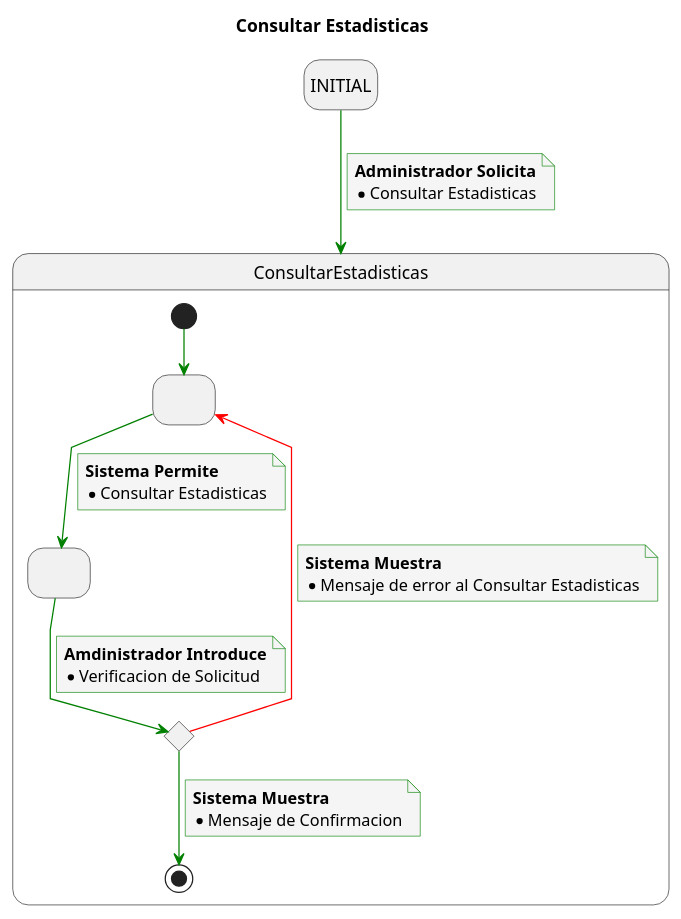
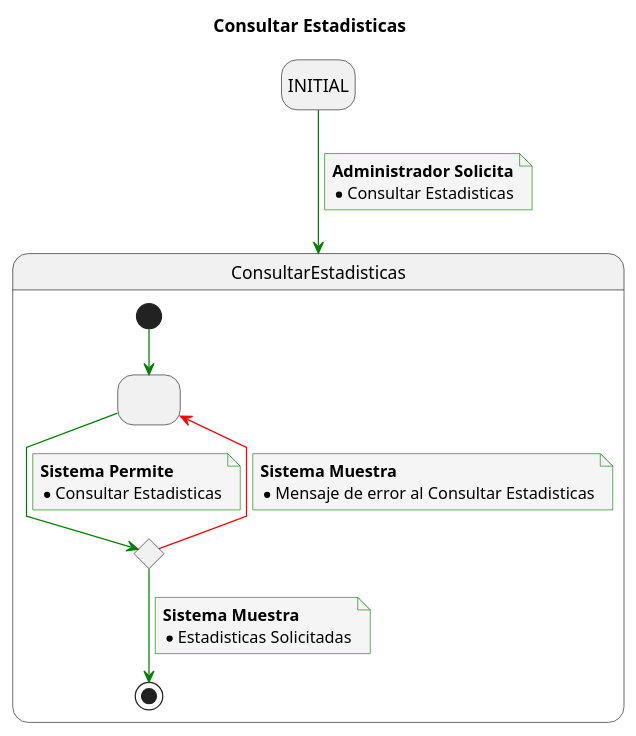
One commit to mmasias/23-24-IdSw1-SDR changed the diagram in Caso_de_Uso/Casos_de_Uso/Administrador/ConsultarEstadisticas/Estadisticas.puml. Above: the diagram before and after it, drawn with PlantUML. The commit also changed 8 other files, not shown here.

```diff
--- a/Caso_de_Uso/Casos_de_Uso/Administrador/ConsultarEstadisticas/Estadisticas.puml
+++ b/Caso_de_Uso/Casos_de_Uso/Administrador/ConsultarEstadisticas/Estadisticas.puml
@@ -1,53 +1,46 @@
 @startuml
 title Consultar Estadisticas
 
 skinparam {
     NoteBackgroundColor #whiteSmoke
     ArrowColor #green
     NoteBorderColor #green
     linetype polyline
 }
 
 hide empty description
 
 state startState as "INITIAL"
 
 startState --> ConsultarEstadisticas
 note on link
     <b>Administrador Solicita</b>
     * Consultar Estadisticas
 end note
 
 state ConsultarEstadisticas{
 state 2 as " "
-state 3 as " "
 state 4 <<choice>>
 
 [*] -down-> 2
 
-2 -down-> 3
+2 -down-> 4
 note on link
 <b>Sistema Permite</b>
 * Consultar Estadisticas
 end note
 
-3 -down-> 4
-note on link
-<b>Amdinistrador Introduce</b>
-* Verificacion de Solicitud
-end note
-
 4 -down-> [*]
 note on link
 <b>Sistema Muestra</b>
-* Mensaje de Confirmacion
+* Estadisticas Solicitadas
 end note
 
 4 -[#red]-> 2
 note on link
 <b>Sistema Muestra</b>
 * Mensaje de error al Consultar Estadisticas
 end note
 
 }
 @enduml
```
